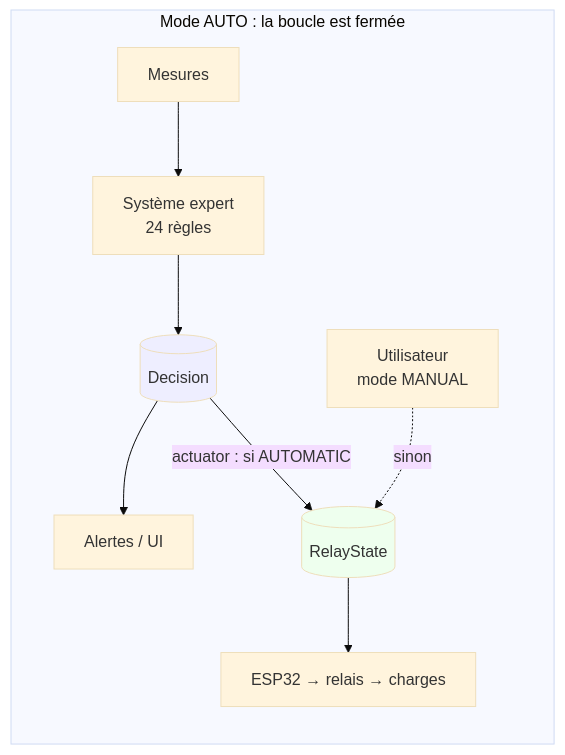
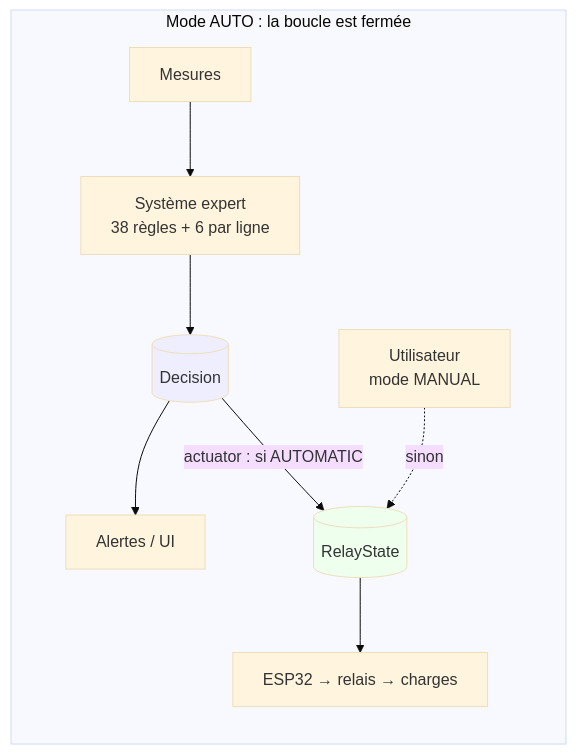
Before and after one commit to kevinManda17/energyMS: the diagram in docs/diagrams/07-boucle-fermee.mmd, drawn with Mermaid (base theme). The commit also changed 12 other files, not shown here.

```diff
--- a/docs/diagrams/07-boucle-fermee.mmd
+++ b/docs/diagrams/07-boucle-fermee.mmd
@@ -1,12 +1,12 @@
 flowchart LR
     subgraph "Mode AUTO : la boucle est fermée"
         direction TB
-        M[Mesures] --> FUZ[Système expert<br/>24 règles]
+        M[Mesures] --> FUZ[Système expert<br/>38 règles + 6 par ligne]
         FUZ --> DEC[(Decision)]
         DEC --> AL[Alertes / UI]
         DEC -->|"actuator : si AUTOMATIC"| RS[(RelayState)]
         U[Utilisateur<br/>mode MANUAL] -.->|sinon| RS
         RS --> ESP[ESP32 → relais → charges]
     end
     style DEC fill:#eef
     style RS fill:#efe
```
